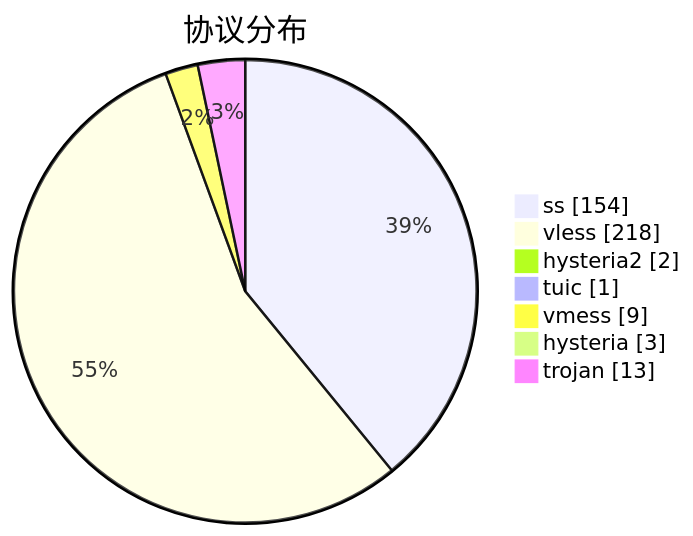
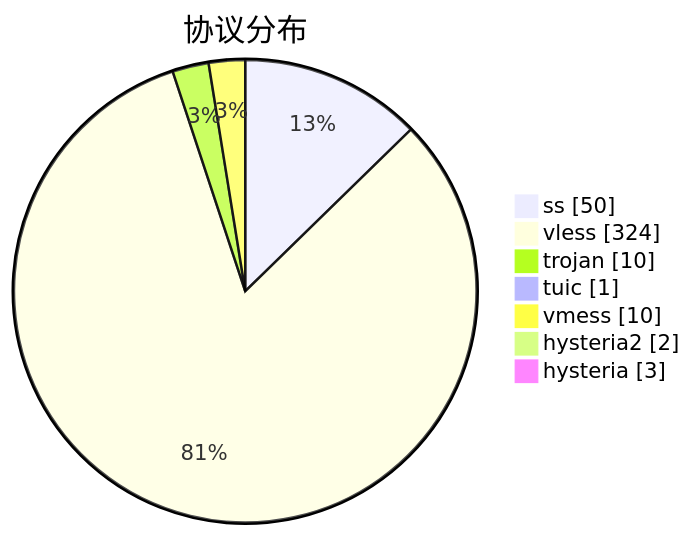
The third of 3 diagrams in subs/statistics/tested_within.md (qjlxg/airport), drawn with Mermaid before and after one commit. The commit also changed other lines of this file and 2 other files, not shown here.

````diff
--- a/subs/statistics/tested_within.md
+++ b/subs/statistics/tested_within.md
@@ -32,11 +30,11 @@
 ```mermaid
 pie showData
 title 协议分布
-"ss" : 154
-"vless" : 218
+"ss" : 50
+"vless" : 324
+"trojan" : 10
+"tuic" : 1
+"vmess" : 10
 "hysteria2" : 2
-"tuic" : 1
-"vmess" : 9
 "hysteria" : 3
-"trojan" : 13
 ```
````
